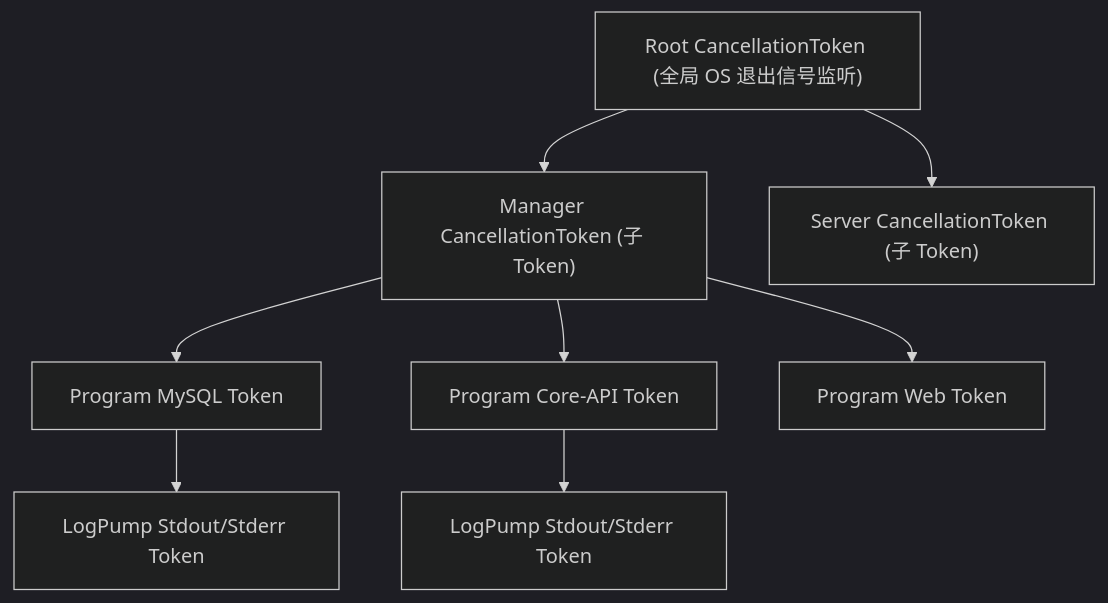
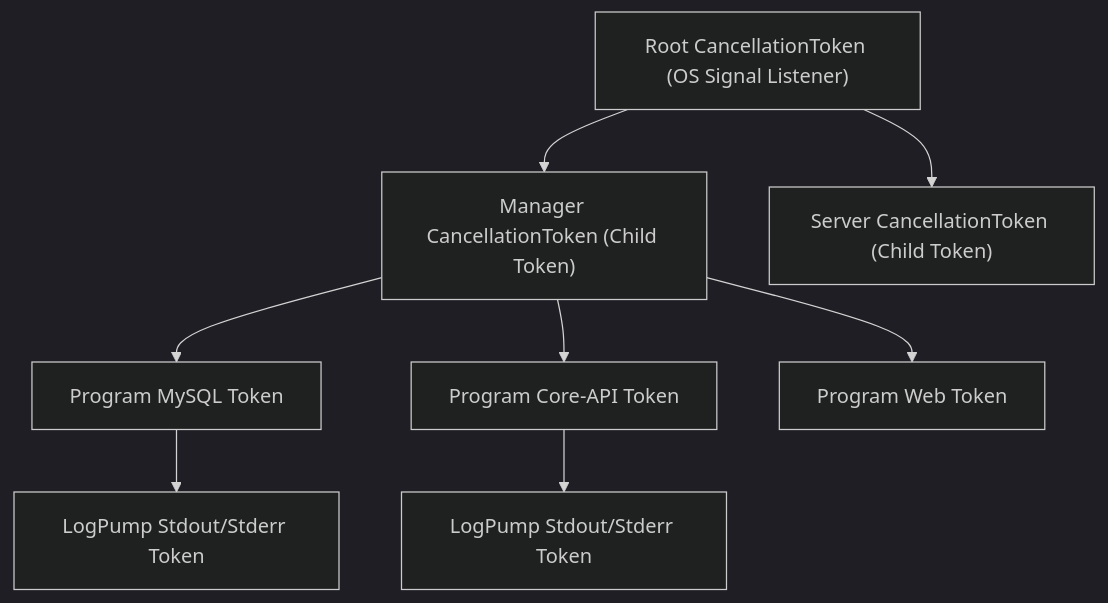
One commit to spritetong/rsupervisord changed the third of 7 diagrams in docs/DESIGN.md. Above: the diagram before and after it, drawn with Mermaid (dark theme). The commit also changed other lines of this file and 21 other files, not shown here.

````diff
--- a/docs/DESIGN.md
+++ b/docs/DESIGN.md
@@ -268,19 +272,19 @@
 ```mermaid
 flowchart TD
-    RootToken["Root CancellationToken (全局 OS 退出信号监听)"]
-    ManagerToken["Manager CancellationToken (子 Token)"]
-    ServerToken["Server CancellationToken (子 Token)"]
+    RootToken["Root CancellationToken (OS Signal Listener)"]
+    ManagerToken["Manager CancellationToken (Child Token)"]
+    ServerToken["Server CancellationToken (Child Token)"]
     
     ProgramTokenA["Program MySQL Token"]
     ProgramTokenB["Program Core-API Token"]
     ProgramTokenC["Program Web Token"]
 
     LogTokenA["LogPump Stdout/Stderr Token"]
     LogTokenB["LogPump Stdout/Stderr Token"]
 
     RootToken --> ManagerToken
     RootToken --> ServerToken
     ManagerToken --> ProgramTokenA --> LogTokenA
     ManagerToken --> ProgramTokenB --> LogTokenB
     ManagerToken --> ProgramTokenC
 ```
````
